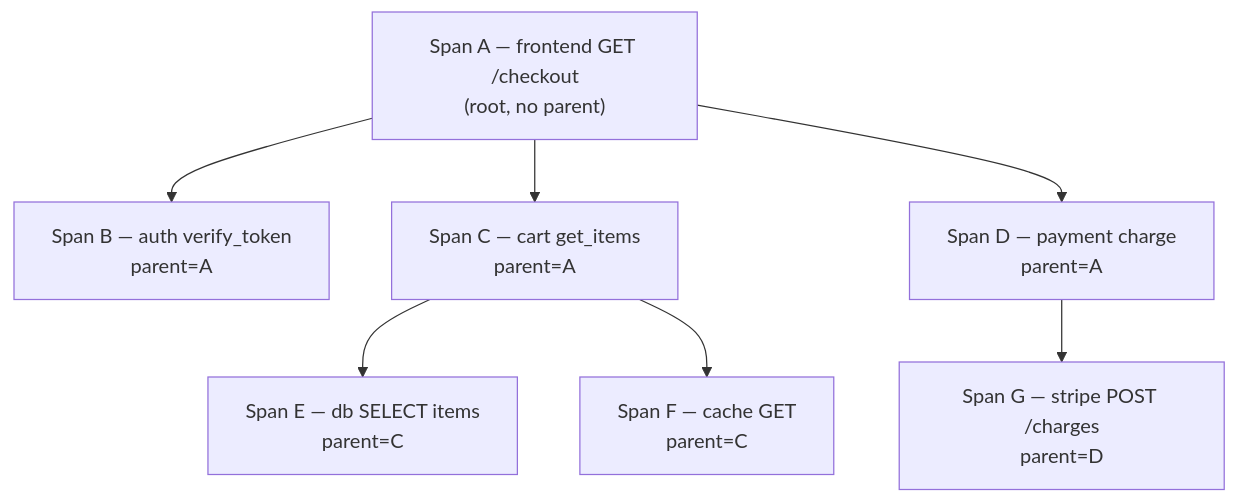
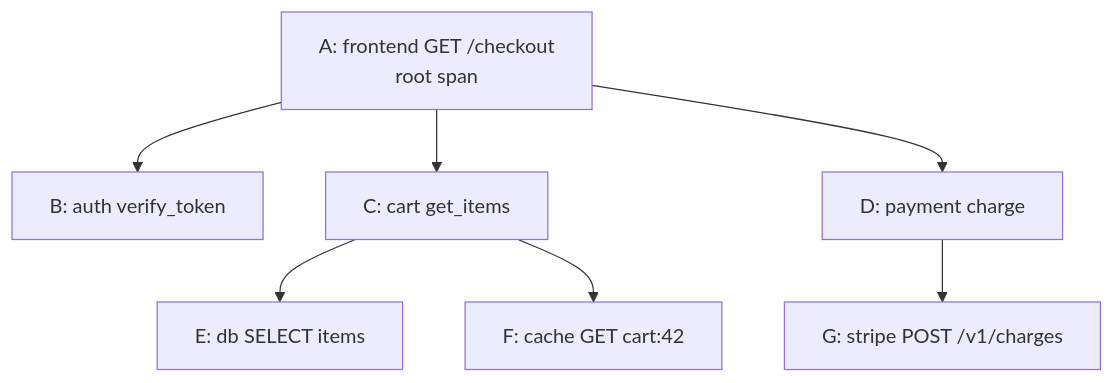
One commit to AndrewAltimit/Documentation changed the first of 5 diagrams in github-pages/docs/observability/tracing.md. Above: the diagram before and after it, drawn with Mermaid. The commit also changed other lines of this file and 240 other files, not shown here.

````diff
--- a/github-pages/docs/observability/tracing.md
+++ b/github-pages/docs/observability/tracing.md
@@ -64,10 +70,10 @@
 ```mermaid
 flowchart TD
-    Root["Span A — frontend GET /checkout<br/>(root, no parent)"]
-    Root --> B["Span B — auth verify_token<br/>parent=A"]
-    Root --> C["Span C — cart get_items<br/>parent=A"]
-    Root --> D["Span D — payment charge<br/>parent=A"]
-    C --> E["Span E — db SELECT items<br/>parent=C"]
-    C --> F["Span F — cache GET<br/>parent=C"]
-    D --> G["Span G — stripe POST /charges<br/>parent=D"]
+    A["A: frontend GET /checkout<br/>root span"]
+    A --> B["B: auth verify_token"]
+    A --> C["C: cart get_items"]
+    A --> D["D: payment charge"]
+    C --> E["E: db SELECT items"]
+    C --> F["F: cache GET cart:42"]
+    D --> G["G: stripe POST /v1/charges"]
 ```
````
